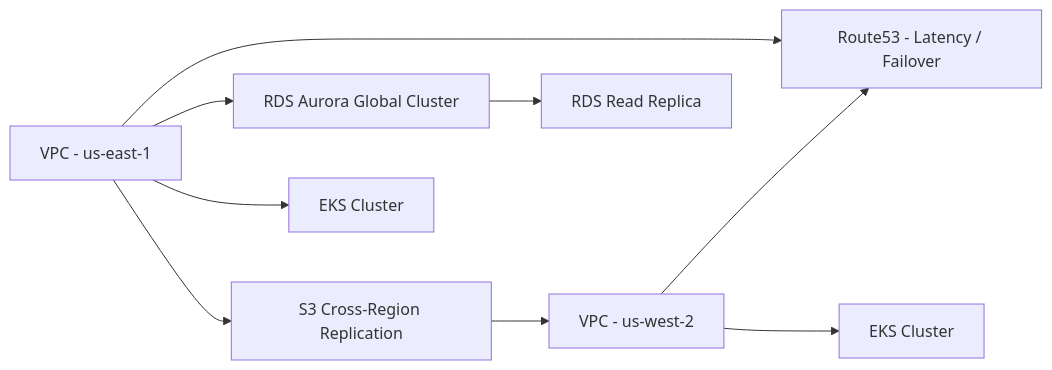
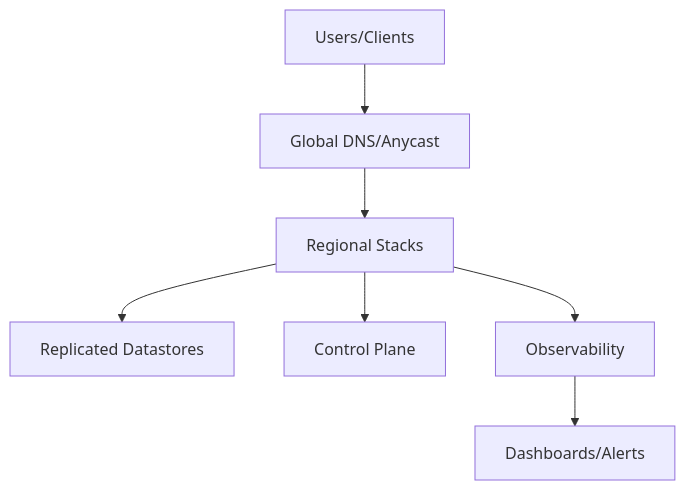
One commit to samueljackson-collab/Portfolio-Project changed the diagram in projects/9-multi-region-disaster-recovery/README.md. Above: the diagram before and after it, drawn with Mermaid. The commit also changed other lines of this file and 25 other files, not shown here.

````diff
--- a/projects/9-multi-region-disaster-recovery/README.md
+++ b/projects/9-multi-region-disaster-recovery/README.md
@@ -7,20 +17,9 @@
 ```mermaid
-graph LR
-  Primary[VPC - us-east-1]
-  Secondary[VPC - us-west-2]
-  DNS[Route53 - Latency / Failover]
-  PrimaryDB[RDS Aurora Global Cluster]
-  SecondaryDB[RDS Read Replica]
-  S3[S3 Cross-Region Replication]
-  EKSPrimary[EKS Cluster]
-  EKSSecondary[EKS Cluster]
-
-  Primary --> DNS
-  Secondary --> DNS
-  Primary --> PrimaryDB
-  Primary --> S3
-  Primary --> EKSPrimary
-  PrimaryDB --> SecondaryDB
-  S3 --> Secondary
-  Secondary --> EKSSecondary
+flowchart TD
+    User[Users/Clients] --> Entry[Global DNS/Anycast]
+    Entry --> Core[Regional Stacks]
+    Core --> Data[Replicated Datastores]
+    Core --> Queue[Control Plane]
+    Core --> Obs[Observability]
+    Obs --> Dash[Dashboards/Alerts]
 ```
````
